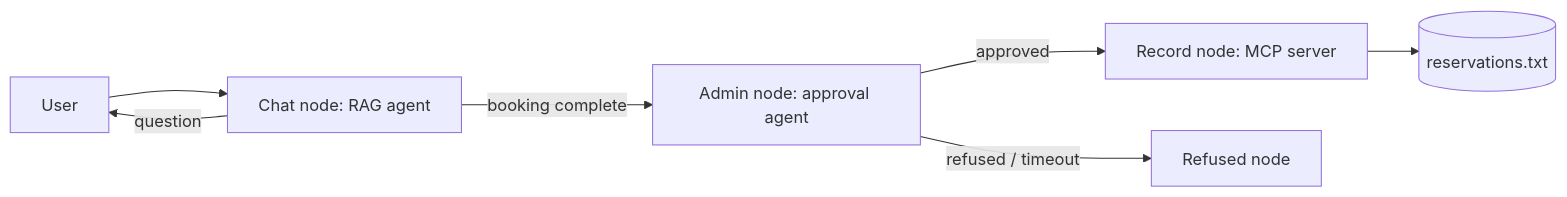
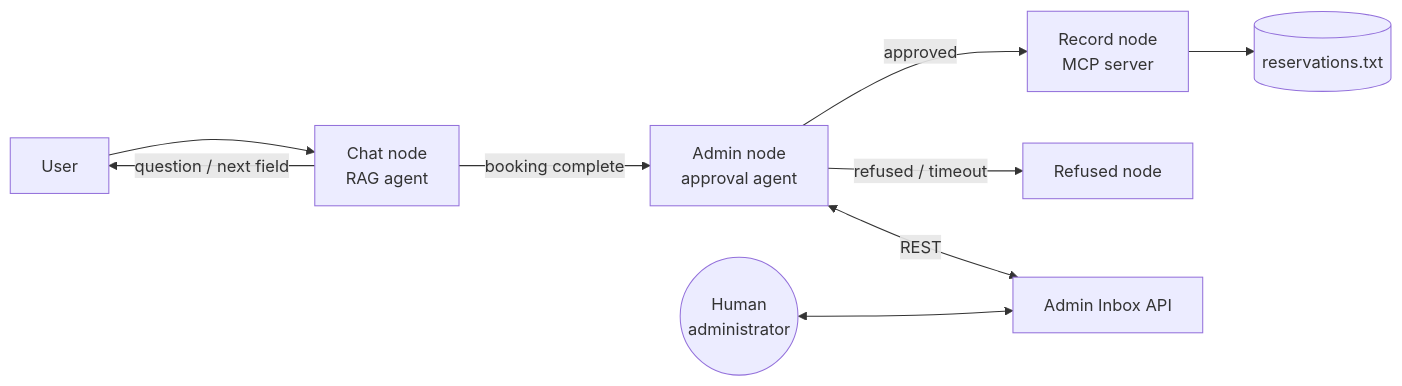
The first of 2 diagrams in README.md (tdivyaanandan07/parking-chatbot), drawn with Mermaid before and after one commit. The commit also changed other lines of this file, not shown here.

Commit message:
Update README with complete project documentation

````diff
--- a/README.md
+++ b/README.md
@@ -7,9 +50,11 @@
 ```mermaid
 flowchart LR
-    U[User] --> C[Chat node: RAG agent]
-    C -->|booking complete| A[Admin node: approval agent]
-    C -->|question| U
-    A -->|approved| R[Record node: MCP server]
+    U[User] --> C[Chat node<br/>RAG agent]
+    C -->|question / next field| U
+    C -->|booking complete| A[Admin node<br/>approval agent]
+    A -->|approved| R[Record node<br/>MCP server]
     A -->|refused / timeout| F[Refused node]
     R --> FILE[(reservations.txt)]
+    A <-->|REST| API[Admin Inbox API]
+    ADMIN((Human<br/>administrator)) <--> API
 ```
````
